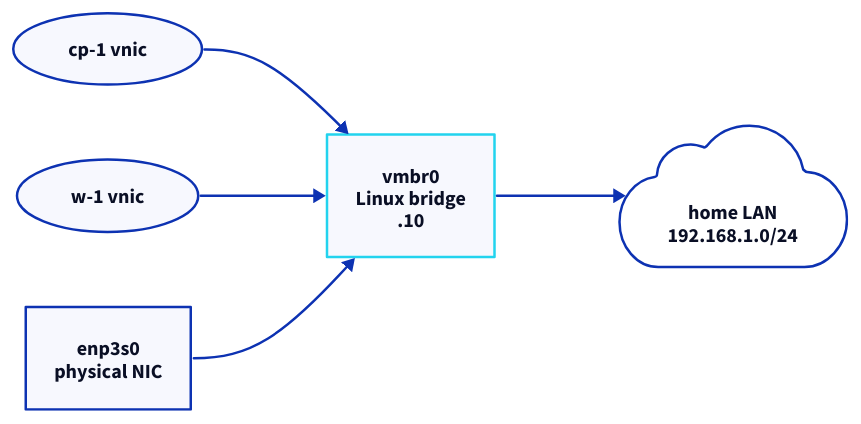
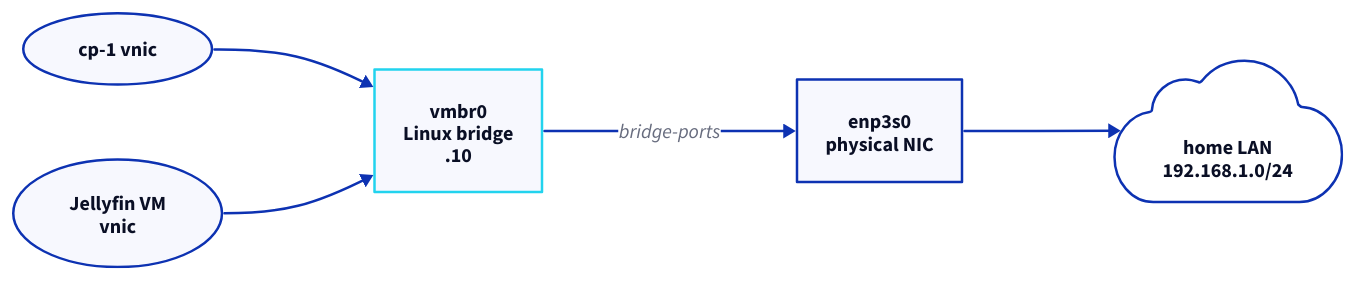
The second of 4 diagrams in courses/proxmox-k8s-homelab-go.md (michael-duren/rubber-duck), drawn with D2 before and after one commit. The commit also changed other lines of this file and 29 other files, not shown here.

````diff
--- a/courses/proxmox-k8s-homelab-go.md
+++ b/courses/proxmox-k8s-homelab-go.md
@@ -270,12 +271,12 @@
 ```d2
 direction: right
+cp: "cp-1 vnic" {shape: oval}
+jf: "Jellyfin VM\nvnic" {shape: oval}
+br: "vmbr0\nLinux bridge\n.10" {style.stroke: "#22d3ee"; style.stroke-width: 2}
 nic: "enp3s0\nphysical NIC"
-br: "vmbr0\nLinux bridge\n.10" {style.stroke: "#22d3ee"; style.stroke-width: 2}
 lan: "home LAN\n192.168.1.0/24" {shape: cloud}
-cp: "cp-1 vnic" {shape: oval}
-w1: "w-1 vnic" {shape: oval}
 cp -> br
-w1 -> br
-nic -> br
-br -> lan
+jf -> br
+br -> nic: "bridge-ports"
+nic -> lan
 ```
````
